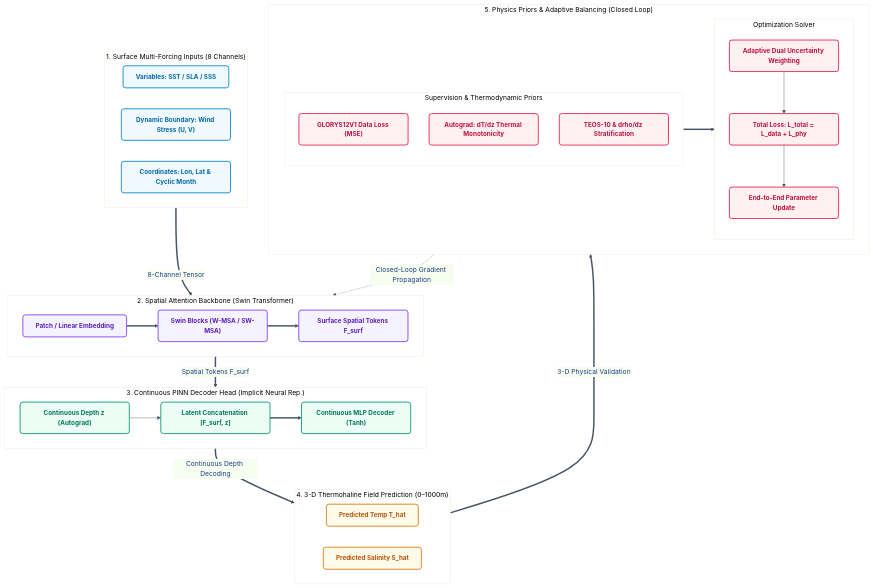
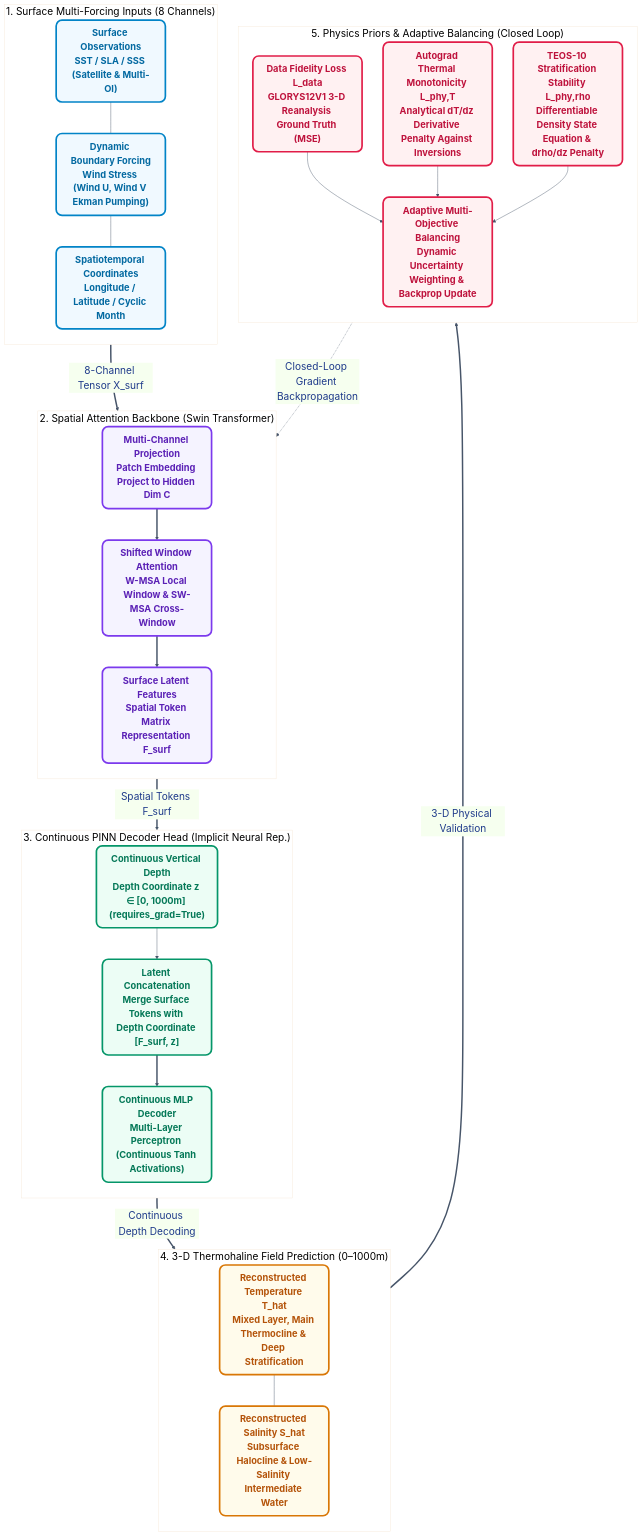
The diagram in README.md (ldray857/Pinn-Ocean), drawn with Mermaid before and after one commit. The commit also changed 2 other files, not shown here.

Commit message:
chore: remove download_argo.py and update architecture diagram in README

````diff
--- a/README.md
+++ b/README.md
@@ -50,69 +50,64 @@
 ```mermaid
-%%{init: {'theme': 'base', 'themeVariables': { 'fontSize': '16px', 'fontFamily': 'system-ui, -apple-system, sans-serif', 'primaryColor': '#eff6ff', 'primaryBorderColor': '#3b82f6', 'primaryTextColor': '#1e3a8a', 'lineColor': '#475569' }}}%%
+%%{init: {'theme': 'base', 'themeVariables': { 'fontSize': '24px', 'fontFamily': 'system-ui, -apple-system, sans-serif', 'primaryColor': '#eff6ff', 'primaryBorderColor': '#3b82f6', 'primaryTextColor': '#1e3a8a', 'lineColor': '#475569' }}}%%
 flowchart TD
     subgraph S1 ["1. Surface Multi-Forcing Inputs (8 Channels)"]
-        direction LR
-        I1["Variables: SST / SLA / SSS"]
-        I2["Dynamic Boundary: Wind Stress (U, V)"]
-        I3["Coordinates: Lon, Lat & Cyclic Month"]
+        direction TB
+        I1["<b>Surface Observations</b><br>SST / SLA / SSS (Satellite & Multi-OI)"]
+        I2["<b>Dynamic Boundary Forcing</b><br>Wind Stress (Wind U, Wind V Ekman Pumping)"]
+        I3["<b>Spatiotemporal Coordinates</b><br>Longitude / Latitude / Cyclic Month"]
+        I1 --- I2 --- I3
     end
 
     subgraph S2 ["2. Spatial Attention Backbone (Swin Transformer)"]
-        direction LR
-        E1["Patch / Linear Embedding"]
-        E2["Swin Blocks (W-MSA / SW-MSA)"]
-        E3["Surface Spatial Tokens F_surf"]
+        direction TB
+        E1["<b>Multi-Channel Projection</b><br>Patch Embedding Project to Hidden Dim C"]
+        E2["<b>Shifted Window Attention</b><br>W-MSA Local Window & SW-MSA Cross-Window"]
+        E3["<b>Surface Latent Features</b><br>Spatial Token Matrix Representation F_surf"]
         E1 ==> E2 ==> E3
     end
 
     subgraph S3 ["3. Continuous PINN Decoder Head (Implicit Neural Rep.)"]
-        direction LR
-        D1["Continuous Depth z (Autograd)"]
-        D2["Latent Concatenation [F_surf, z]"]
-        D3["Continuous MLP Decoder (Tanh)"]
+        direction TB
+        D1["<b>Continuous Vertical Depth</b><br>Depth Coordinate z ∈ [0, 1000m] (requires_grad=True)"]
+        D2["<b>Latent Concatenation</b><br>Merge Surface Tokens with Depth Coordinate [F_surf, z]"]
+        D3["<b>Continuous MLP Decoder</b><br>Multi-Layer Perceptron (Continuous Tanh Activations)"]
         D1 --> D2 ==> D3
     end
 
     subgraph S4 ["4. 3-D Thermohaline Field Prediction (0–1000m)"]
-        direction LR
-        O1["Predicted Temp T_hat"]
-        O2["Predicted Salinity S_hat"]
+        direction TB
+        O1["<b>Reconstructed Temperature T_hat</b><br>Mixed Layer, Main Thermocline & Deep Stratification"]
+        O2["<b>Reconstructed Salinity S_hat</b><br>Subsurface Halocline & Low-Salinity Intermediate Water"]
+        O1 --- O2
     end
 
     subgraph S5 ["5. Physics Priors & Adaptive Balancing (Closed Loop)"]
-        direction LR
-        subgraph S5_1 ["Supervision & Thermodynamic Priors"]
-            direction TB
-            P_Data["GLORYS12V1 Data Loss (MSE)"]
-            P_Temp["Autograd: dT/dz Thermal Monotonicity"]
-            P_Rho["TEOS-10 & drho/dz Stratification"]
-        end
-        subgraph S5_2 ["Optimization Solver"]
-            direction TB
-            Opt1["Adaptive Dual Uncertainty Weighting"]
-            Opt2["Total Loss: L_total = L_data + L_phy"]
-            Opt3["End-to-End Parameter Update"]
-            Opt1 --> Opt2 --> Opt3
-        end
-        S5_1 ==> S5_2
+        direction TB
+        P1["<b>Data Fidelity Loss L_data</b><br>GLORYS12V1 3-D Reanalysis Ground Truth (MSE)"]
+        P2["<b>Autograd Thermal Monotonicity L_phy,T</b><br>Analytical dT/dz Derivative Penalty Against Inversions"]
+        P3["<b>TEOS-10 Stratification Stability L_phy,rho</b><br>Differentiable Density State Equation & drho/dz Penalty"]
+        Opt["<b>Adaptive Multi-Objective Balancing</b><br>Dynamic Uncertainty Weighting & Backprop Update"]
+        P1 --> Opt
+        P2 --> Opt
+        P3 --> Opt
     end
 
-    S1 ==>|8-Channel Tensor| S2
+    S1 ==>|8-Channel Tensor X_surf| S2
     S2 ==>|Spatial Tokens F_surf| S3
     S3 ==>|Continuous Depth Decoding| S4
     S4 ==>|3-D Physical Validation| S5
-    S5 -. Closed-Loop Gradient Propagation .-> S2
+    Opt -. Closed-Loop Gradient Backpropagation .-> S2
 
-    classDef default font-size:15px;
-    classDef inputStyle fill:#F0F9FF,stroke:#0284C7,stroke-width:2px,color:#0369A1,rx:6px,ry:6px,font-size:15px,font-weight:bold;
-    classDef encStyle fill:#F5F3FF,stroke:#7C3AED,stroke-width:2px,color:#5B21B6,rx:6px,ry:6px,font-size:15px,font-weight:bold;
-    classDef pinnStyle fill:#ECFDF5,stroke:#059669,stroke-width:2px,color:#047857,rx:6px,ry:6px,font-size:15px,font-weight:bold;
-    classDef outStyle fill:#FFFBEB,stroke:#D97706,stroke-width:2px,color:#B45309,rx:6px,ry:6px,font-size:15px,font-weight:bold;
-    classDef phyStyle fill:#FFF1F2,stroke:#E11D48,stroke-width:2px,color:#BE123C,rx:6px,ry:6px,font-size:15px,font-weight:bold;
+    classDef default font-size:22px;
+    classDef inputStyle fill:#F0F9FF,stroke:#0284C7,stroke-width:4px,color:#0369A1,rx:14px,ry:14px,font-size:22px,font-weight:bold;
+    classDef encStyle fill:#F5F3FF,stroke:#7C3AED,stroke-width:4px,color:#5B21B6,rx:14px,ry:14px,font-size:22px,font-weight:bold;
+    classDef pinnStyle fill:#ECFDF5,stroke:#059669,stroke-width:4px,color:#047857,rx:14px,ry:14px,font-size:22px,font-weight:bold;
+    classDef outStyle fill:#FFFBEB,stroke:#D97706,stroke-width:4px,color:#B45309,rx:14px,ry:14px,font-size:22px,font-weight:bold;
+    classDef phyStyle fill:#FFF1F2,stroke:#E11D48,stroke-width:4px,color:#BE123C,rx:14px,ry:14px,font-size:22px,font-weight:bold;
 
     class I1,I2,I3 inputStyle;
     class E1,E2,E3 encStyle;
     class D1,D2,D3 pinnStyle;
     class O1,O2 outStyle;
-    class P_Data,P_Temp,P_Rho,Opt1,Opt2,Opt3 phyStyle;
+    class P1,P2,P3,Opt phyStyle;
 ```
````
